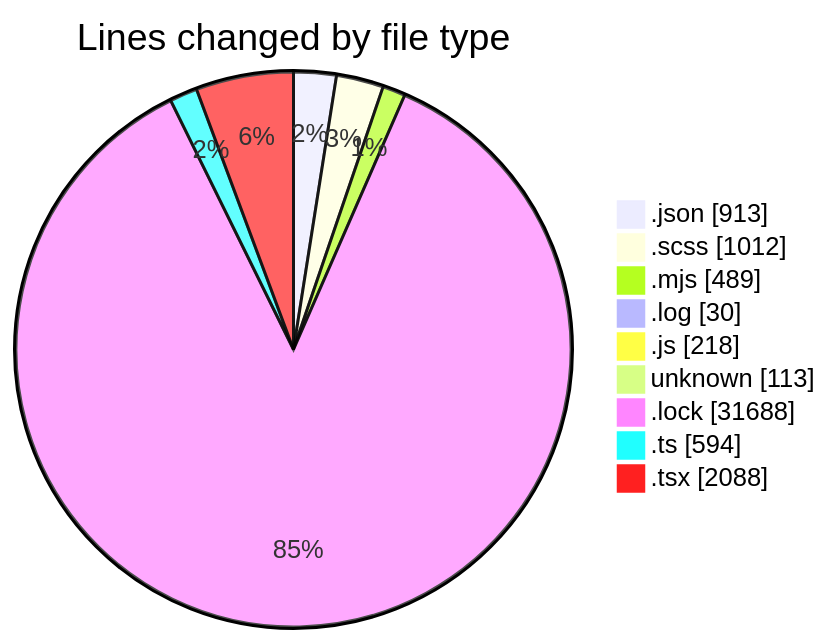
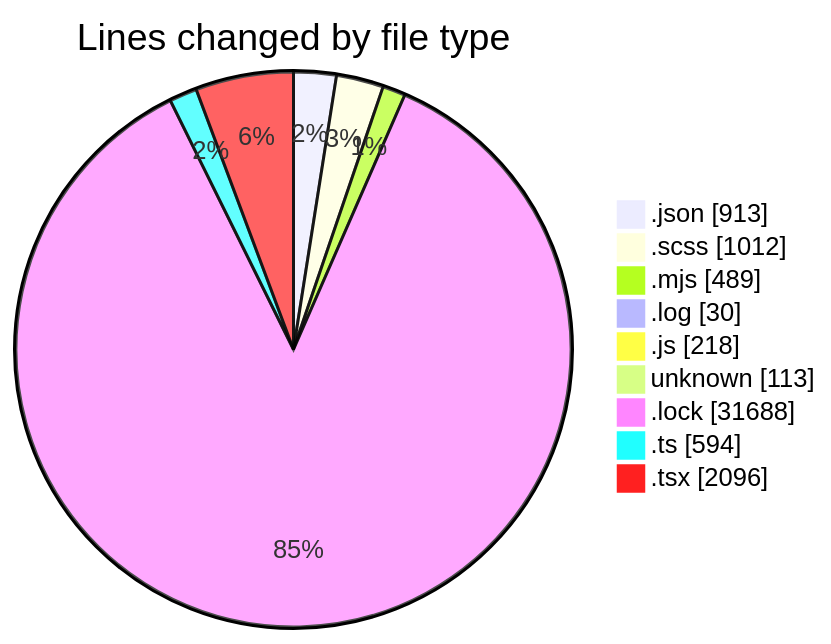
One commit to momahboobian/code-tracking changed the first of 2 diagrams in 2026-08-12/cda/README.md. Above: the diagram before and after it, drawn with Mermaid. The commit also changed other lines of this file and 1 other file, not shown here.

````diff
--- a/2026-08-12/cda/README.md
+++ b/2026-08-12/cda/README.md
@@ -60,13 +60,13 @@
 ```mermaid
 pie showData
 title Lines changed by file type
 ".json" : 913
 ".scss" : 1012
 ".mjs" : 489
 ".log" : 30
 ".js" : 218
 "unknown" : 113
 ".lock" : 31688
 ".ts" : 594
-".tsx" : 2088
+".tsx" : 2096
 ```
````
